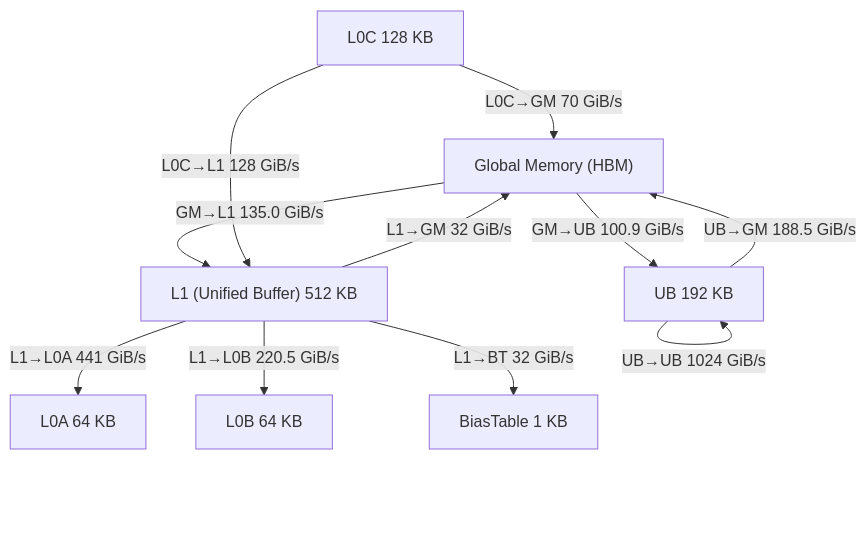
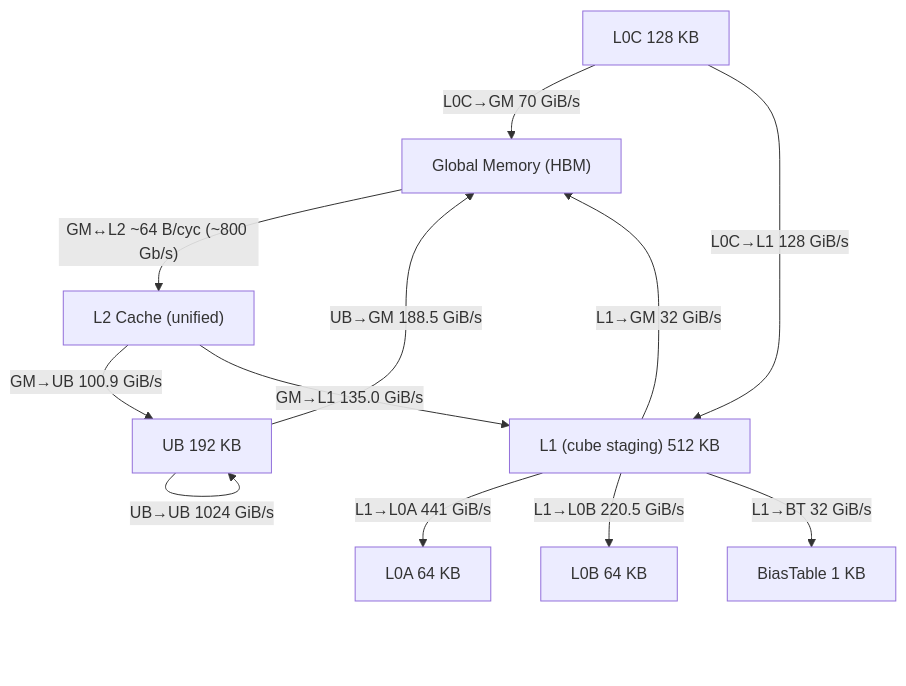
Before and after one commit to jansenin/ascend-test: the second of 7 diagrams in docs/reports/11-arch-characteristics.md, drawn with Mermaid. The commit also changed other lines of this file and 1 other file, not shown here.

First line of the commit message:
Fix memory hierarchy: L2 is the unified cache, L1 is per-cube staging

````diff
--- a/docs/reports/11-arch-characteristics.md
+++ b/docs/reports/11-arch-characteristics.md
@@ -103,21 +131,23 @@
 ```mermaid
 flowchart TB
     GM["Global Memory (HBM)"]
-    L1["L1 (Unified Buffer) 512 KB"]
+    L2["L2 Cache (unified)"]
+    L1["L1 (cube staging) 512 KB"]
     UB["UB 192 KB"]
     L0A["L0A 64 KB"]
     L0B["L0B 64 KB"]
     L0C["L0C 128 KB"]
     BT["BiasTable 1 KB"]
 
-    GM -->|"GM→UB 100.9 GiB/s"| UB
-    GM -->|"GM→L1 135.0 GiB/s"| L1
+    GM -->|"GM↔L2 ~64 B/cyc (~800 Gb/s)"| L2
+    L2 -->|"GM→UB 100.9 GiB/s"| UB
+    L2 -->|"GM→L1 135.0 GiB/s"| L1
     UB -->|"UB→GM 188.5 GiB/s"| GM
     L1 -->|"L1→GM 32 GiB/s"| GM
     UB -->|"UB→UB 1024 GiB/s"| UB
     L0C -->|"L0C→GM 70 GiB/s"| GM
     L0C -->|"L0C→L1 128 GiB/s"| L1
     L1 -->|"L1→L0A 441 GiB/s"| L0A
     L1 -->|"L1→L0B 220.5 GiB/s"| L0B
     L1 -->|"L1→BT 32 GiB/s"| BT
 ```
````
